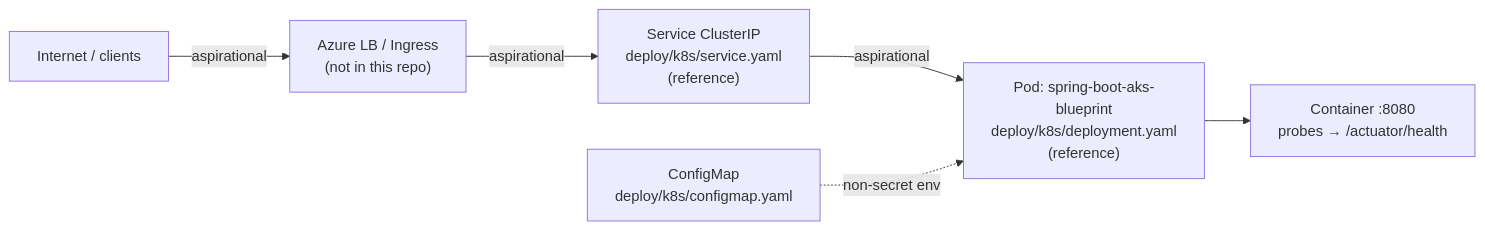
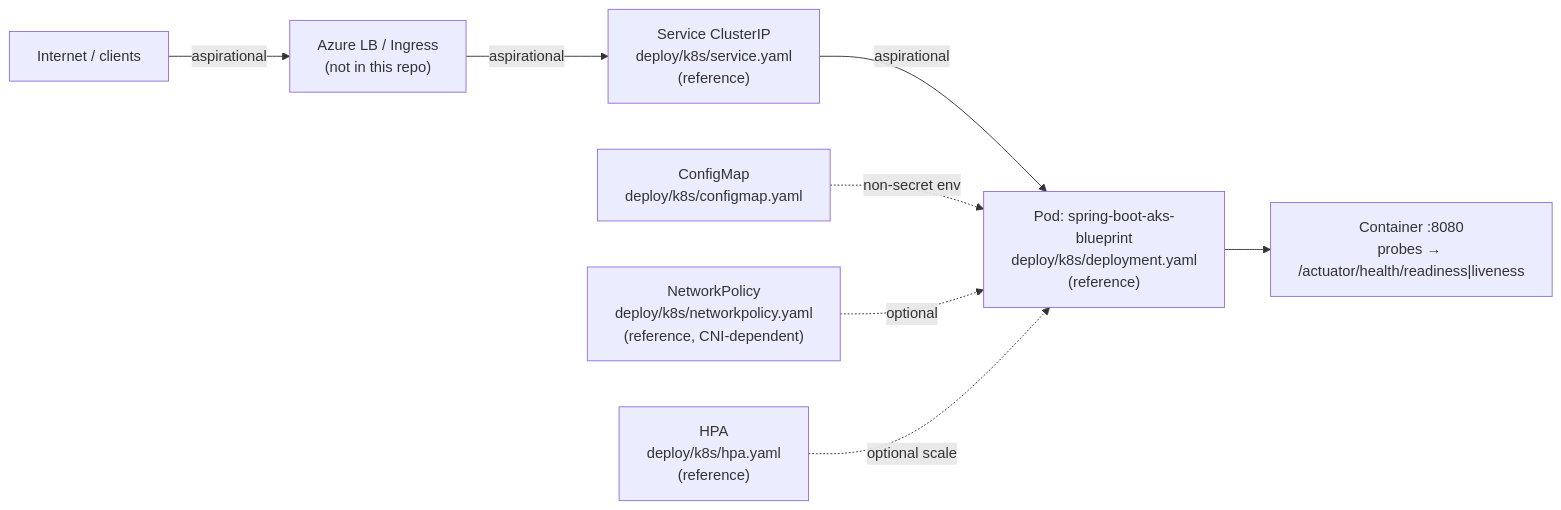
One commit to rmkr-dev/spring-boot-aks-blueprint changed the second of 2 diagrams in docs/architecture/network-diagram.md. Above: the diagram before and after it, drawn with Mermaid. The commit also changed 2 other files, not shown here.

Commit message:
docs: document NetworkPolicy sample and update network diagram
Call out CNI enforcement and keep reference-only language in k8s and
deployment docs.

````diff
--- a/docs/architecture/network-diagram.md
+++ b/docs/architecture/network-diagram.md
@@ -26,8 +26,10 @@
 ```mermaid
 flowchart LR
   Internet["Internet / clients"] -->|"aspirational"| LB["Azure LB / Ingress<br/>(not in this repo)"]
   LB -->|"aspirational"| Svc["Service ClusterIP<br/>deploy/k8s/service.yaml<br/>(reference)"]
   Svc -->|"aspirational"| Pod["Pod: spring-boot-aks-blueprint<br/>deploy/k8s/deployment.yaml<br/>(reference)"]
-  Pod --> App["Container :8080<br/>probes → /actuator/health"]
+  Pod --> App["Container :8080<br/>probes → /actuator/health/readiness|liveness"]
   CM["ConfigMap<br/>deploy/k8s/configmap.yaml"] -.->|"non-secret env"| Pod
+  NP["NetworkPolicy<br/>deploy/k8s/networkpolicy.yaml<br/>(reference, CNI-dependent)"] -.->|"optional"| Pod
+  HPA["HPA<br/>deploy/k8s/hpa.yaml<br/>(reference)"] -.->|"optional scale"| Pod
 ```
````
